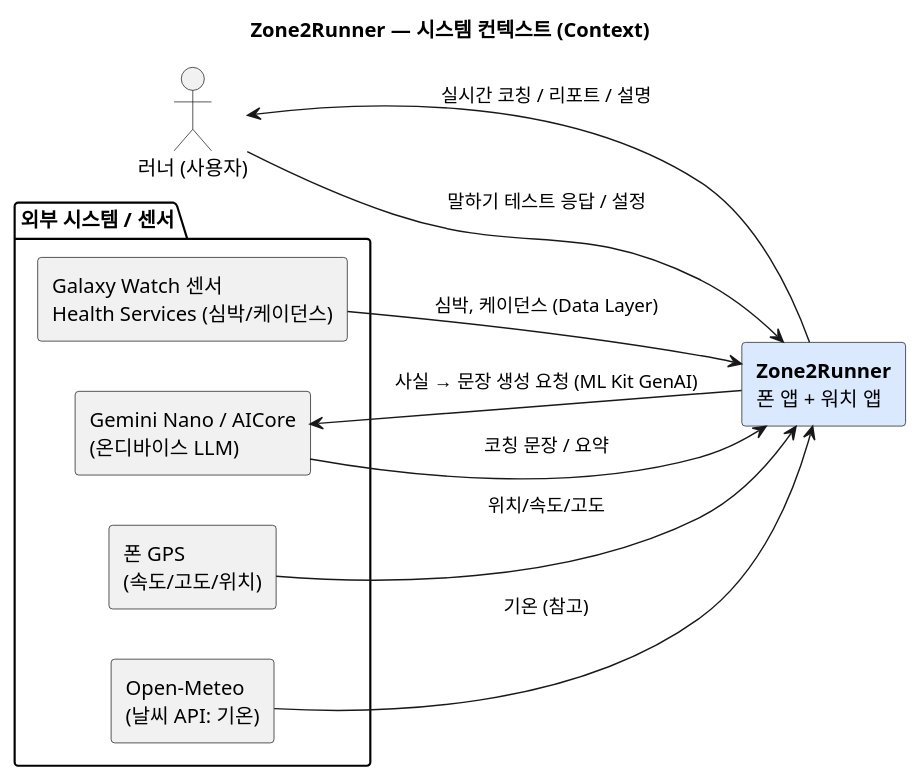
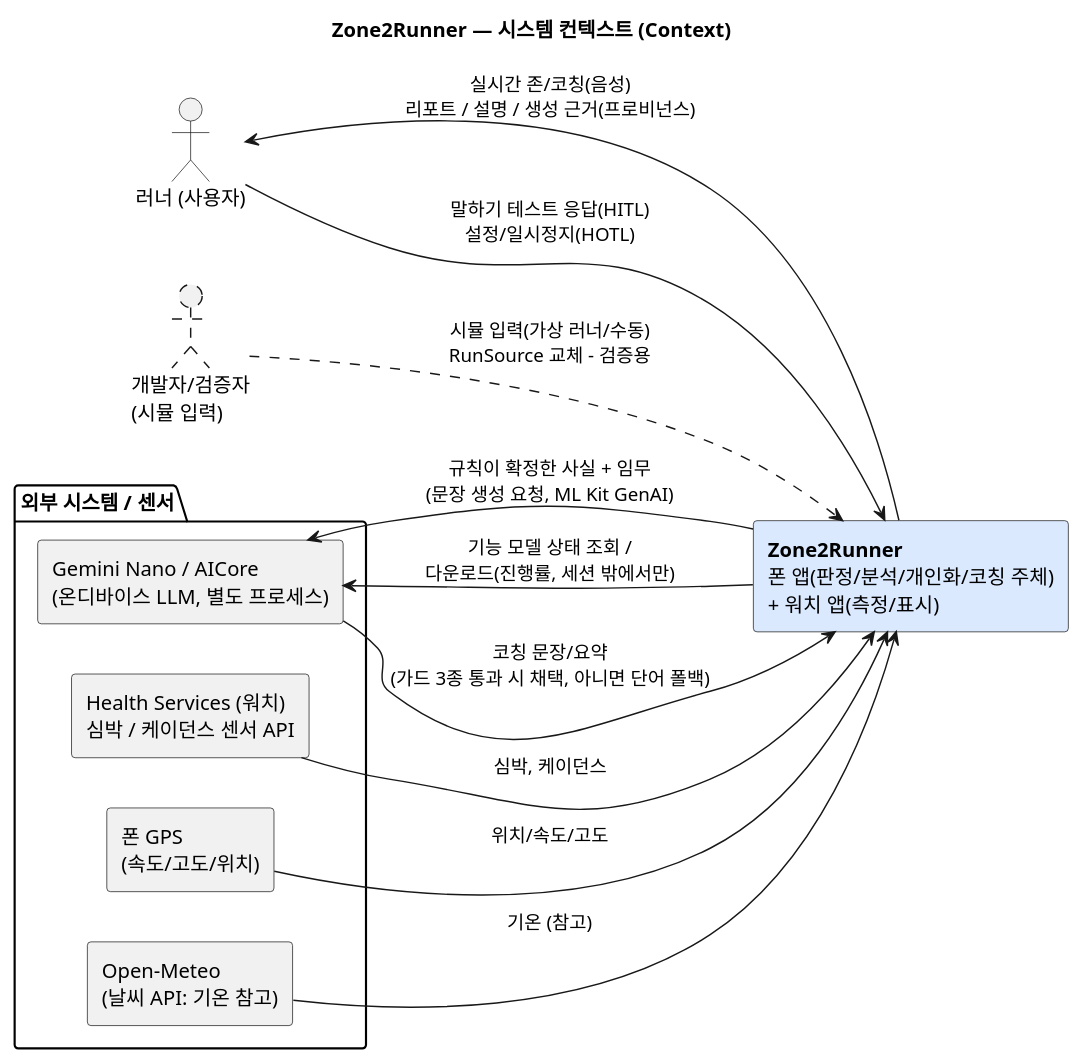
Before and after one commit to tenyearslove/zone2runner: the diagram in arch/diagrams/01-context.puml, drawn with PlantUML. The commit also changed 23 other files, not shown here.

```diff
--- a/arch/diagrams/01-context.puml
+++ b/arch/diagrams/01-context.puml
@@ -1,26 +1,29 @@
 @startuml
 title Zone2Runner — 시스템 컨텍스트 (Context)
-skinparam defaultFontName "AppleGothic"
+skinparam defaultFontName "Malgun Gothic"
 skinparam componentStyle rectangle
 skinparam shadowing false
 left to right direction
 
 actor "러너 (사용자)" as User
+actor "개발자/검증자\n(시뮬 입력)" as Dev #line.dashed
 
-rectangle "**Zone2Runner**\n폰 앱 + 워치 앱" as SYS #dbe9ff
+rectangle "**Zone2Runner**\n폰 앱(판정/분석/개인화/코칭 주체)\n+ 워치 앱(측정/표시)" as SYS #dbe9ff
 
 package "외부 시스템 / 센서" {
-  component "Galaxy Watch 센서\nHealth Services (심박/케이던스)" as Watch
+  component "Health Services (워치)\n심박 / 케이던스 센서 API" as HS
   component "폰 GPS\n(속도/고도/위치)" as GPS
-  component "Gemini Nano / AICore\n(온디바이스 LLM)" as Nano
-  component "Open-Meteo\n(날씨 API: 기온)" as Weather
+  component "Gemini Nano / AICore\n(온디바이스 LLM, 별도 프로세스)" as Nano
+  component "Open-Meteo\n(날씨 API: 기온 참고)" as Weather
 }
 
-User --> SYS : 말하기 테스트 응답 / 설정
-SYS --> User : 실시간 코칭 / 리포트 / 설명
-Watch --> SYS : 심박, 케이던스 (Data Layer)
+User --> SYS : 말하기 테스트 응답(HITL)\n설정/일시정지(HOTL)
+SYS --> User : 실시간 존/코칭(음성)\n리포트 / 설명 / 생성 근거(프로비넌스)
+HS --> SYS : 심박, 케이던스
 GPS --> SYS : 위치/속도/고도
-SYS --> Nano : 사실 → 문장 생성 요청 (ML Kit GenAI)
-Nano --> SYS : 코칭 문장 / 요약
+SYS --> Nano : 규칙이 확정한 사실 + 임무\n(문장 생성 요청, ML Kit GenAI)
+Nano --> SYS : 코칭 문장/요약\n(가드 3종 통과 시 채택, 아니면 단어 폴백)
+SYS --> Nano : 기능 모델 상태 조회 /\n다운로드(진행률, 세션 밖에서만)
 Weather --> SYS : 기온 (참고)
+Dev ..> SYS : 시뮬 입력(가상 러너/수동)\nRunSource 교체 - 검증용
 @enduml
```
